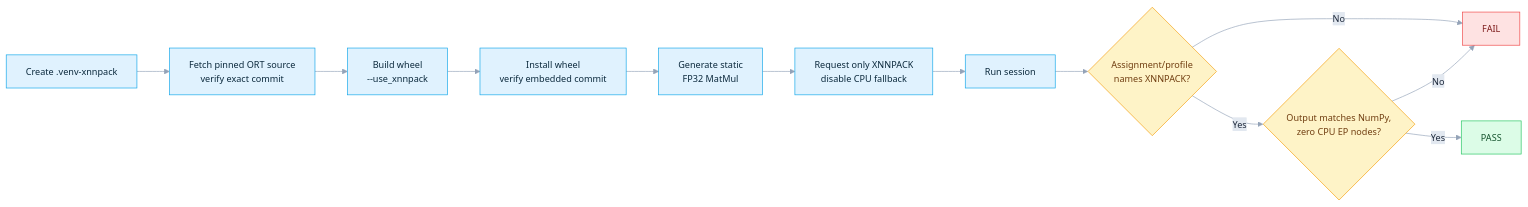
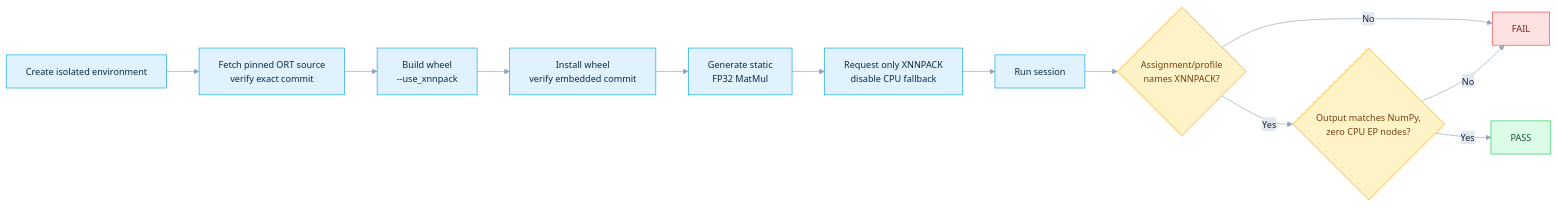
Before and after one commit to DakeQQ/Tutorial-ONNX-Runtime-Execution-Providers: the fourth of 11 diagrams in XNNPACK/README.md, drawn with Mermaid. The commit also changed other lines of this file and 42 other files, not shown here.

````diff
--- a/XNNPACK/README.md
+++ b/XNNPACK/README.md
@@ -211,23 +212,23 @@
 ```mermaid
 %%{init: {"theme":"base","themeVariables":{"fontSize":"14px","lineColor":"#94a3b8","edgeLabelBackground":"#e2e8f0","primaryTextColor":"#1e293b"}}}%%
 flowchart LR
-    A["Create .venv-xnnpack"] --> B["Fetch pinned ORT source<br/>verify exact commit"]
+    A["Create isolated environment"] --> B["Fetch pinned ORT source<br/>verify exact commit"]
     B --> C["Build wheel<br/>--use_xnnpack"]
     C --> D["Install wheel<br/>verify embedded commit"]
     D --> E["Generate static<br/>FP32 MatMul"]
     E --> F["Request only XNNPACK<br/>disable CPU fallback"]
     F --> G["Run session"]
     G --> H{"Assignment/profile<br/>names XNNPACK?"}
     H -->|No| X["FAIL"]
     H -->|Yes| I{"Output matches NumPy,<br/>zero CPU EP nodes?"}
     I -->|No| X
     I -->|Yes| K["PASS"]
     classDef step fill:#e0f2fe,stroke:#0ea5e9,color:#0c2a3d;
     classDef dec fill:#fef3c7,stroke:#f59e0b,color:#713f12;
     classDef good fill:#dcfce7,stroke:#22c55e,color:#14532d;
     classDef bad fill:#fee2e2,stroke:#ef4444,color:#7f1d1d;
     class A,B,C,D,E,F,G step;
     class H,I dec;
     class K good;
     class X bad;
 ```
````
